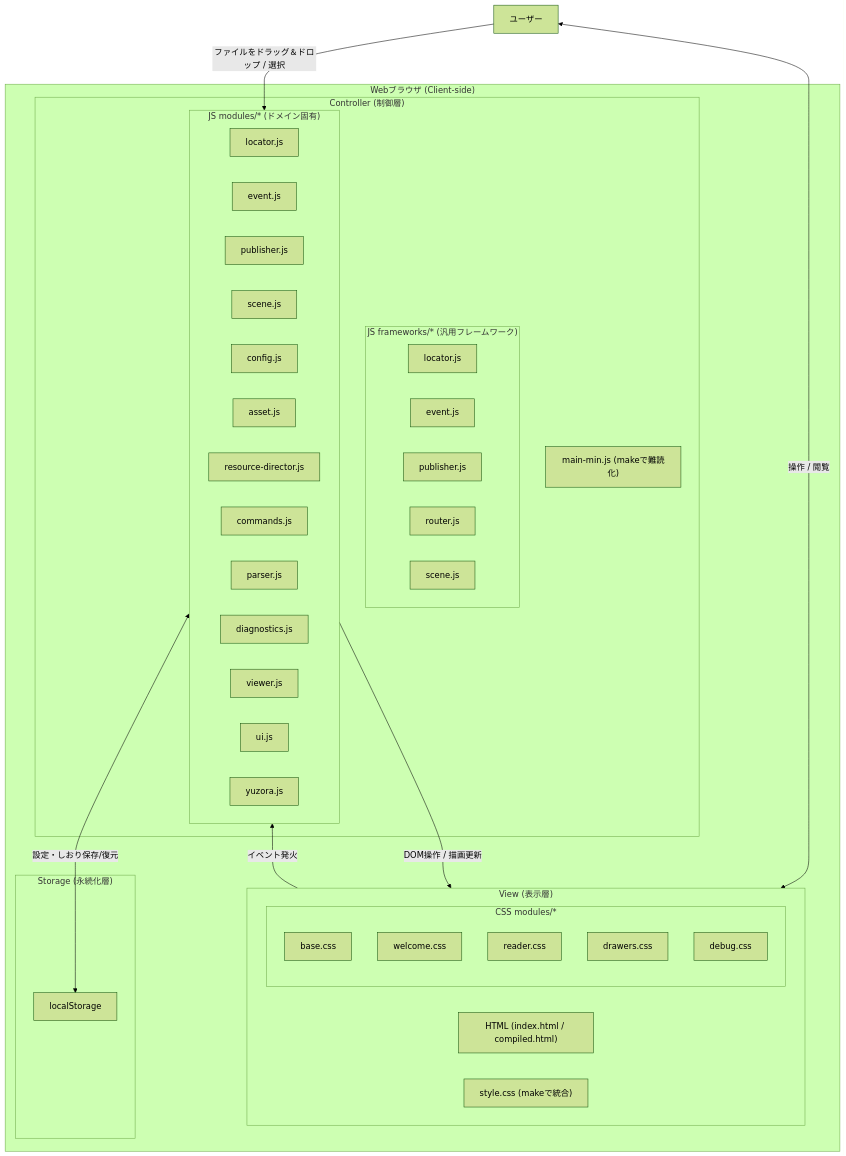
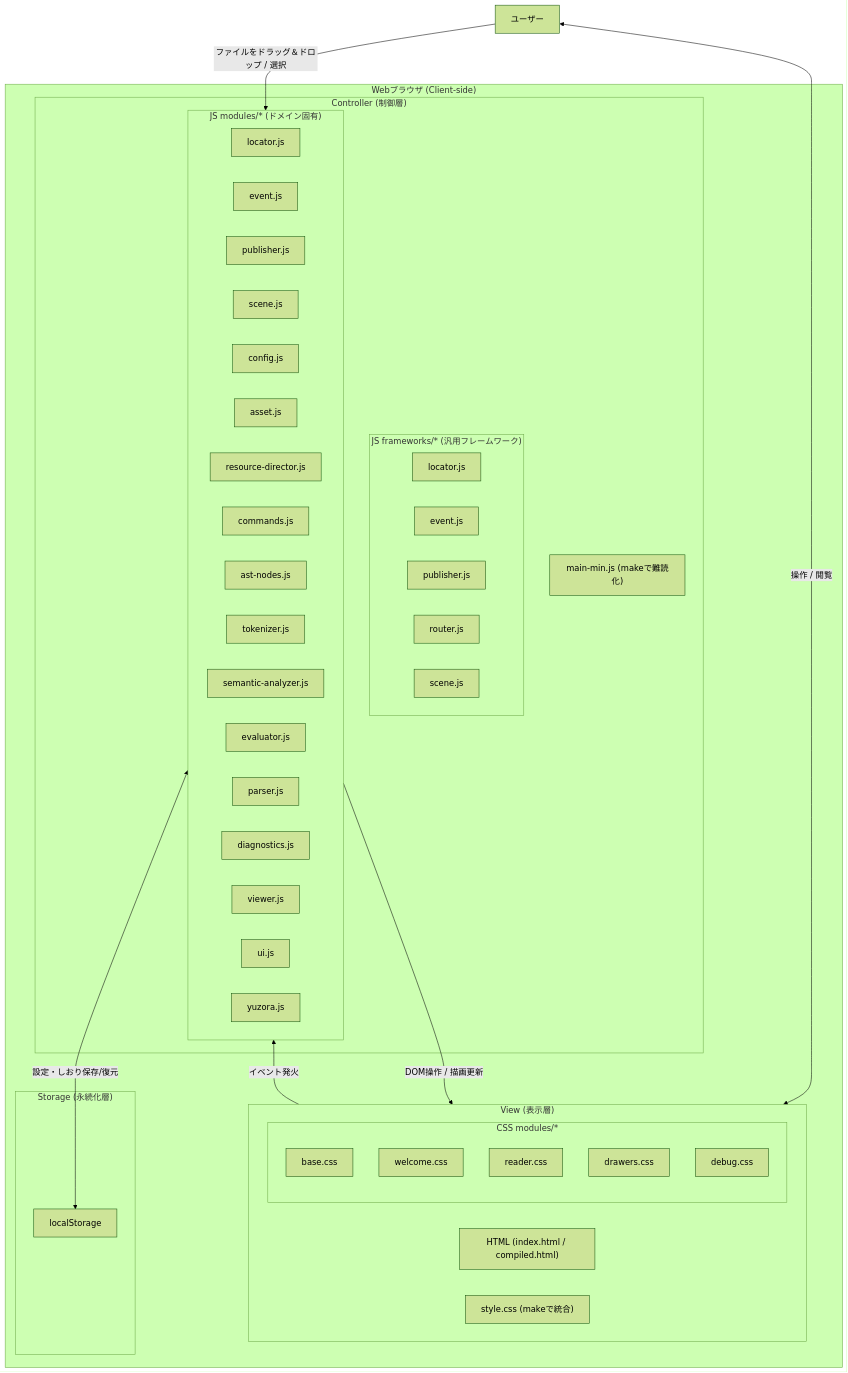
One commit to rokujyouhitoma/yuzora changed the first of 4 diagrams in docs/DSN-01-high_level_design.md. Above: the diagram before and after it, drawn with Mermaid (forest theme). The commit also changed other lines of this file and 1 other file, not shown here.

Commit message:
docs(design): update DSN-01 and DSN-02 to reflect Parser/Tokenizer redesign

````diff
--- a/docs/DSN-01-high_level_design.md
+++ b/docs/DSN-01-high_level_design.md
@@ -13,52 +13,56 @@
 ```mermaid
 graph TD
     subgraph Browser["Webブラウザ (Client-side)"]
         subgraph View["View (表示層)"]
             HTML["HTML (index.html / compiled.html)"]
             subgraph CSSModules["CSS modules/*"]
                 CSS_Base["base.css"]
                 CSS_Welcome["welcome.css"]
                 CSS_Reader["reader.css"]
                 CSS_Drawers["drawers.css"]
                 CSS_Debug["debug.css"]
             end
             CSS_Bundle["style.css (makeで統合)"]
         end
         
         subgraph Controller["Controller (制御層)"]
             subgraph JSFrameworks["JS frameworks/* (汎用フレームワーク)"]
                 JS_F_Locator["locator.js"]
                 JS_F_Event["event.js"]
                 JS_F_Publisher["publisher.js"]
                 JS_F_Router["router.js"]
                 JS_F_Scene["scene.js"]
             end
             subgraph JSModules["JS modules/* (ドメイン固有)"]
                 JS_Locator["locator.js"]
                 JS_Event["event.js"]
                 JS_Publisher["publisher.js"]
                 JS_Scene["scene.js"]
                 JS_Config["config.js"]
                 JS_Asset["asset.js"]
                 JS_Resource["resource-director.js"]
                 JS_Cmds["commands.js"]
+                JS_ASTNodes["ast-nodes.js"]
+                JS_Tokenizer["tokenizer.js"]
+                JS_Semantic["semantic-analyzer.js"]
+                JS_Evaluator["evaluator.js"]
                 JS_Parser["parser.js"]
                 JS_Diag["diagnostics.js"]
                 JS_Viewer["viewer.js"]
                 JS_UI["ui.js"]
                 JS_Yuzora["yuzora.js"]
             end
             JS_Bundle["main-min.js (makeで難読化)"]
         end
         
         subgraph Storage["Storage (永続化層)"]
             LocalStorage["localStorage"]
         end
     end
     
     User["ユーザー"] <-->|"操作 / 閲覧"| View
     View -->|"イベント発火"| JSModules
     JSModules -->|"DOM操作 / 描画更新"| View
     JSModules <-->|"設定・しおり保存/復元"| LocalStorage
     User -->|"ファイルをドラッグ＆ドロップ / 選択"| JSModules
 ```
````
